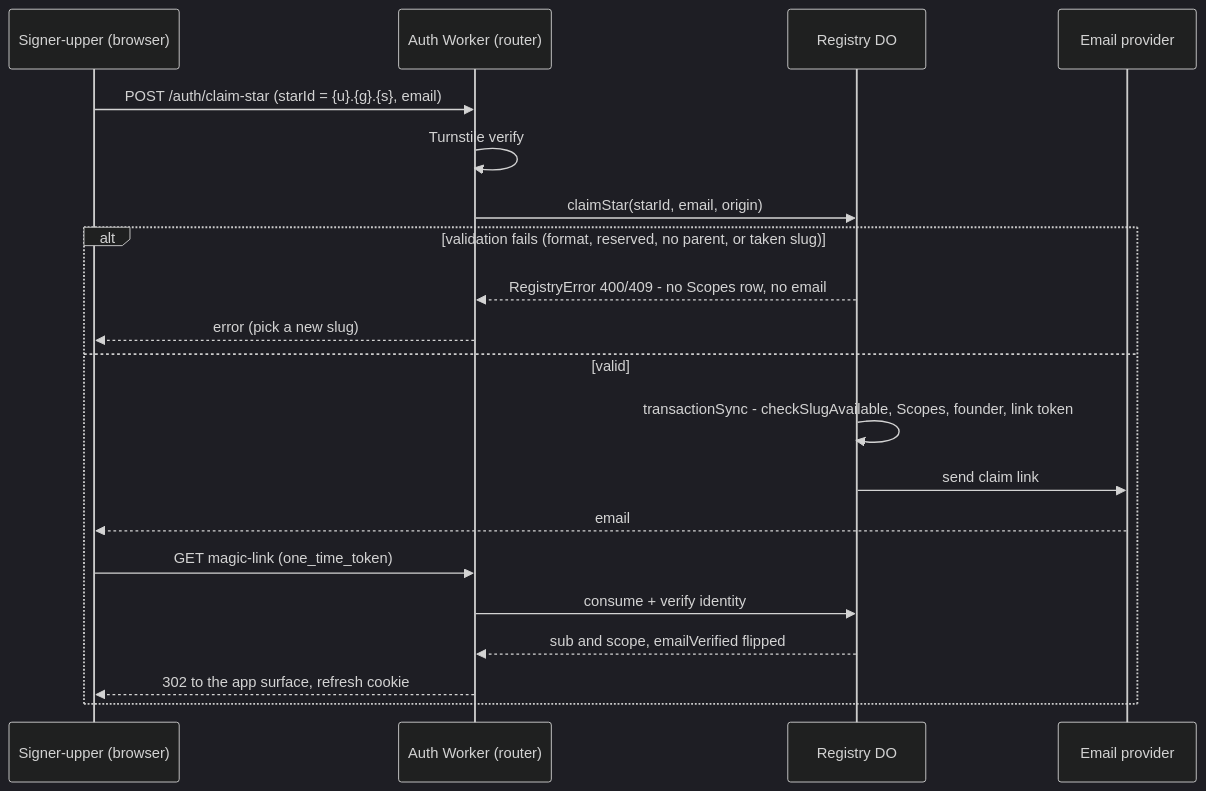
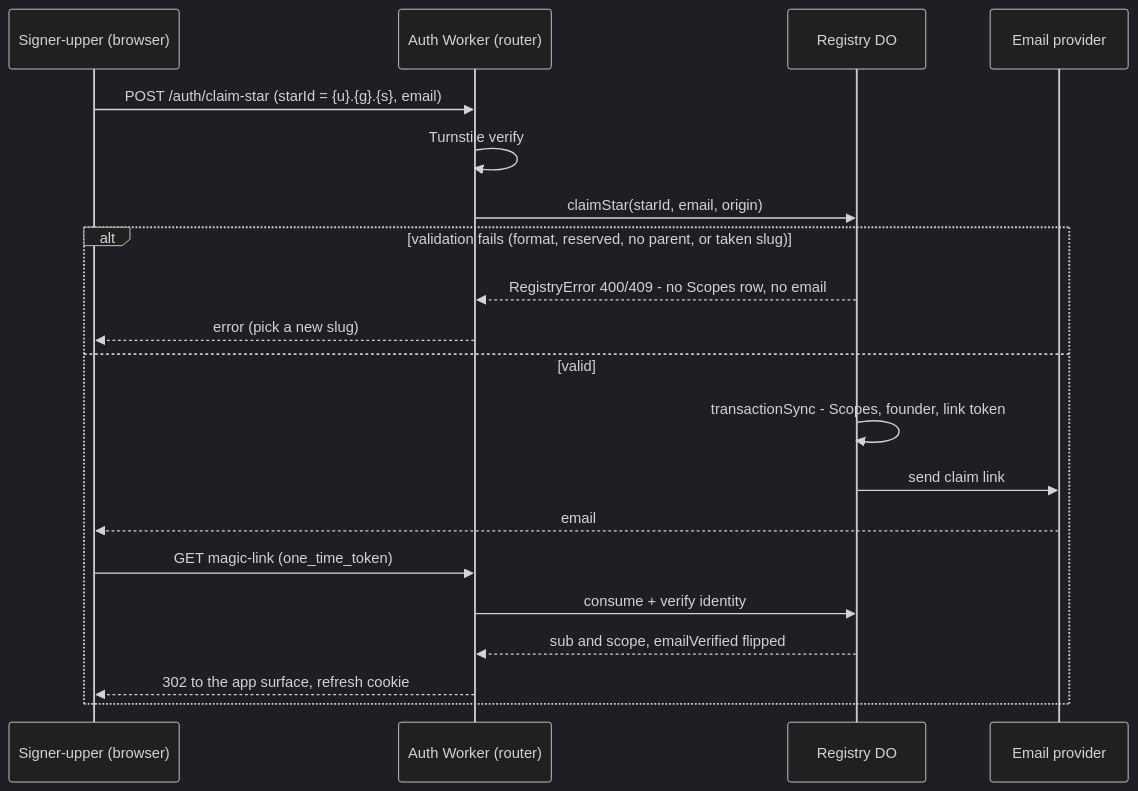
One commit to lumenize/lumenize changed the diagram in tasks/nebula-star-founder-provisioning.md. Above: the diagram before and after it, drawn with Mermaid (dark theme). The commit also changed other lines of this file, not shown here.

First line of the commit message:
docs(star-founder): slug-check before the write-txn; pin signup to the Galaxy landing page

````diff
--- a/tasks/nebula-star-founder-provisioning.md
+++ b/tasks/nebula-star-founder-provisioning.md
@@ -45,22 +45,22 @@
 ```mermaid
 sequenceDiagram
     participant U as Signer-upper (browser)
     participant W as Auth Worker (router)
     participant R as Registry DO
     participant M as Email provider
     U->>W: POST /auth/claim-star (starId = {u}.{g}.{s}, email)
     W->>W: Turnstile verify
     W->>R: claimStar(starId, email, origin)
     alt validation fails (format, reserved, no parent, or taken slug)
         R-->>W: RegistryError 400/409 - no Scopes row, no email
         W-->>U: error (pick a new slug)
     else valid
-        R->>R: transactionSync - checkSlugAvailable, Scopes, founder, link token
+        R->>R: transactionSync - Scopes, founder, link token
         R->>M: send claim link
         M-->>U: email
         U->>W: GET magic-link (one_time_token)
         W->>R: consume + verify identity
         R-->>W: sub and scope, emailVerified flipped
         W-->>U: 302 to the app surface, refresh cookie
     end
 ```
````
